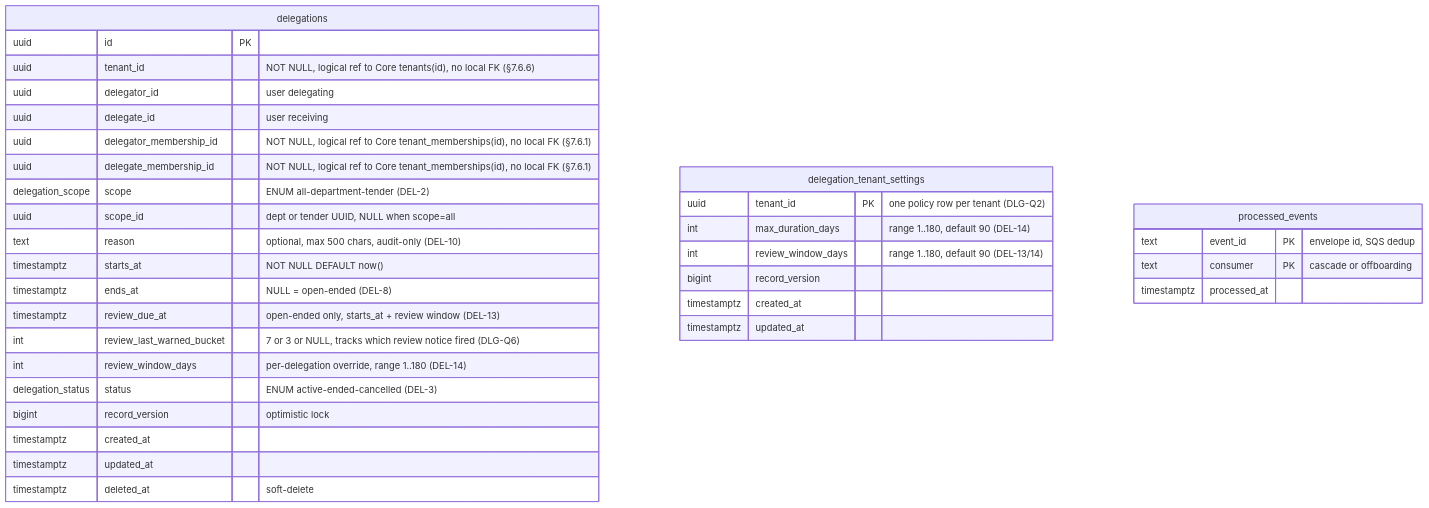
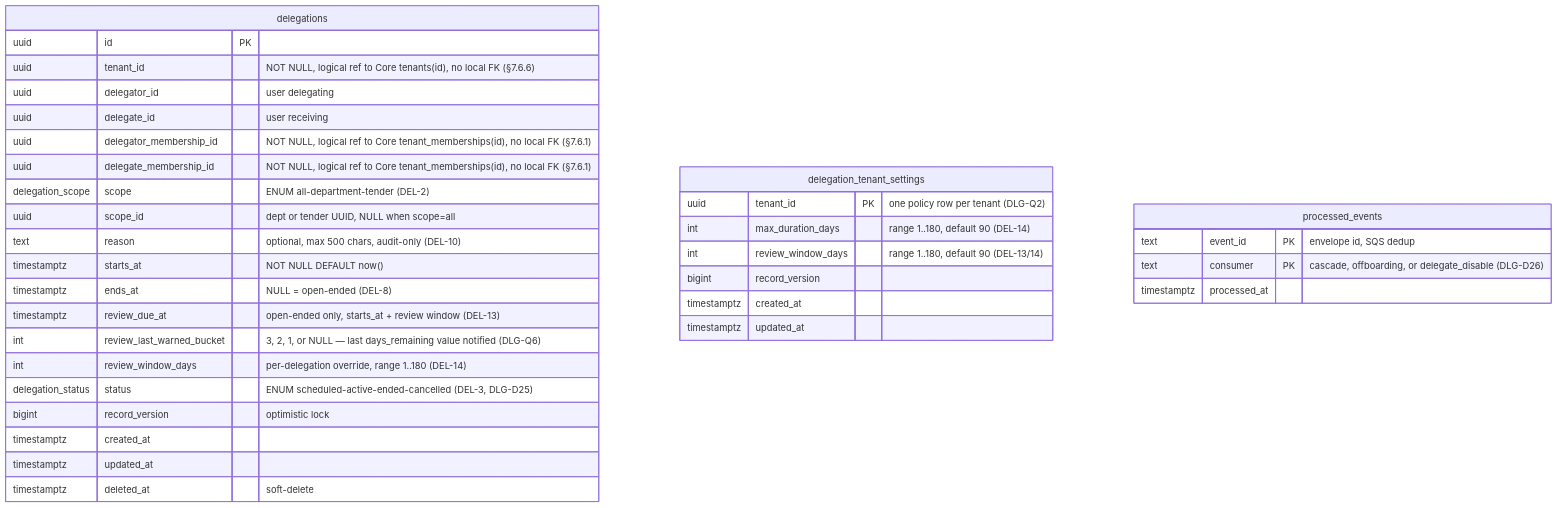
The diagram in docs/architecture/mermaid/data-model.mmd (BCBP-SOLUTIONS-FZC-LLC/iam-delegation), drawn with Mermaid before and after one commit. The commit also changed 48 other files, not shown here.

```diff
--- a/docs/architecture/mermaid/data-model.mmd
+++ b/docs/architecture/mermaid/data-model.mmd
@@ -1,35 +1,35 @@
 erDiagram
     delegations {
         uuid id PK
         uuid tenant_id "NOT NULL, logical ref to Core tenants(id), no local FK (§7.6.6)"
         uuid delegator_id "user delegating"
         uuid delegate_id "user receiving"
         uuid delegator_membership_id "NOT NULL, logical ref to Core tenant_memberships(id), no local FK (§7.6.1)"
         uuid delegate_membership_id "NOT NULL, logical ref to Core tenant_memberships(id), no local FK (§7.6.1)"
         delegation_scope scope "ENUM all-department-tender (DEL-2)"
         uuid scope_id "dept or tender UUID, NULL when scope=all"
         text reason "optional, max 500 chars, audit-only (DEL-10)"
         timestamptz starts_at "NOT NULL DEFAULT now()"
         timestamptz ends_at "NULL = open-ended (DEL-8)"
         timestamptz review_due_at "open-ended only, starts_at + review window (DEL-13)"
-        int review_last_warned_bucket "7 or 3 or NULL, tracks which review notice fired (DLG-Q6)"
+        int review_last_warned_bucket "3, 2, 1, or NULL — last days_remaining value notified (DLG-Q6)"
         int review_window_days "per-delegation override, range 1..180 (DEL-14)"
-        delegation_status status "ENUM active-ended-cancelled (DEL-3)"
+        delegation_status status "ENUM scheduled-active-ended-cancelled (DEL-3, DLG-D25)"
         bigint record_version "optimistic lock"
         timestamptz created_at
         timestamptz updated_at
         timestamptz deleted_at "soft-delete"
     }
     delegation_tenant_settings {
         uuid tenant_id PK "one policy row per tenant (DLG-Q2)"
         int max_duration_days "range 1..180, default 90 (DEL-14)"
         int review_window_days "range 1..180, default 90 (DEL-13/14)"
         bigint record_version
         timestamptz created_at
         timestamptz updated_at
     }
     processed_events {
         text event_id PK "envelope id, SQS dedup"
-        text consumer PK "cascade or offboarding"
+        text consumer PK "cascade, offboarding, or delegate_disable (DLG-D26)"
         timestamptz processed_at
     }
```
